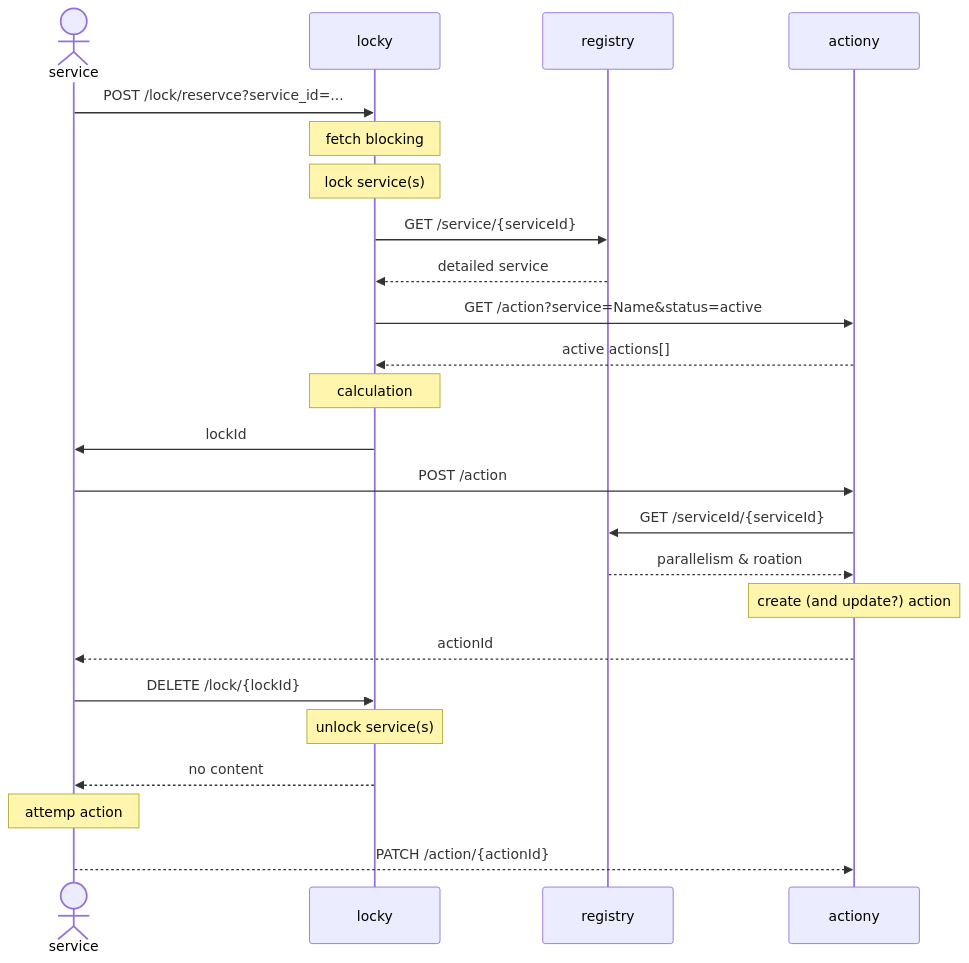
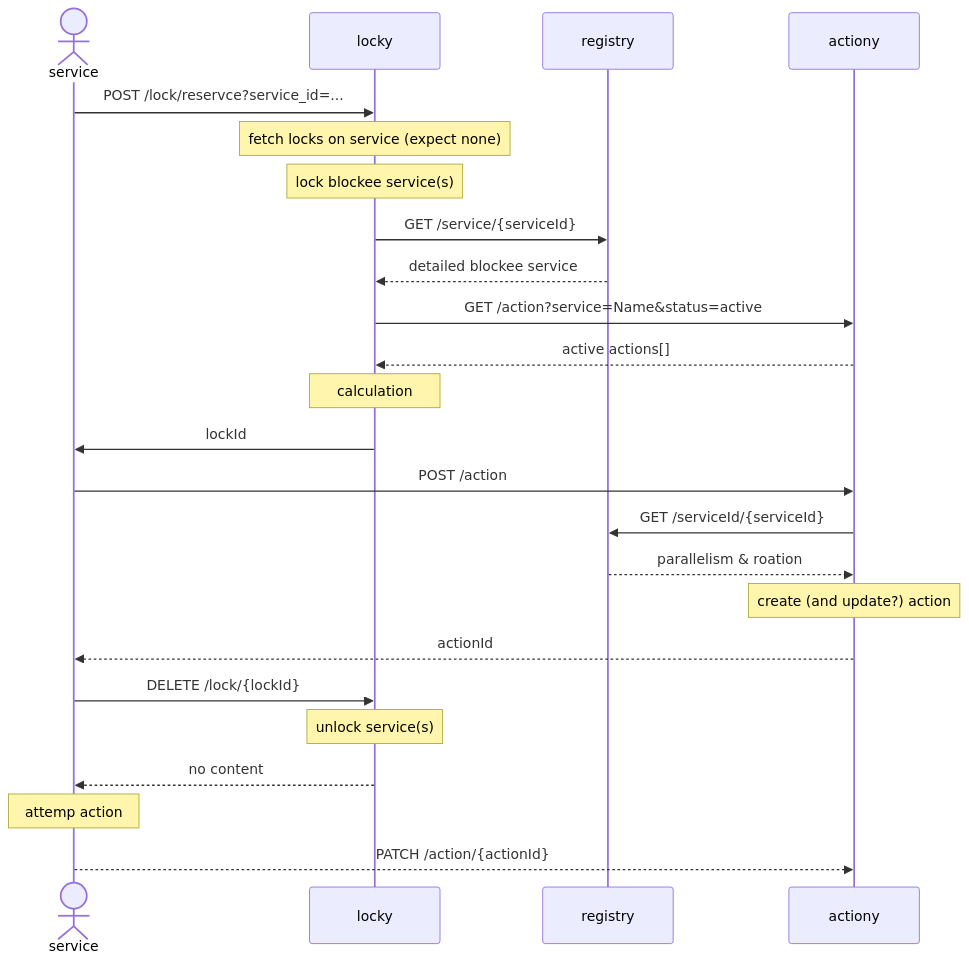
Before and after one commit to MapColonies/arstotzka: the diagram in README.md, drawn with Mermaid. The commit also changed other lines of this file, not shown here.

Commit message:
docs(actiony,locky,registry): readme improved

````diff
--- a/README.md
+++ b/README.md
@@ -36,23 +39,23 @@
 ```mermaid
 sequenceDiagram
     actor service
     service->>locky: POST /lock/reservce?service_id=...
-    Note over locky: fetch blocking
-    Note over locky: lock service(s)
+    Note over locky: fetch locks on service (expect none)
+    Note over locky: lock blockee service(s)
     locky->>registry: GET /service/{serviceId}
-    registry-->>locky: detailed service
+    registry-->>locky: detailed blockee service
     locky->>actiony: GET /action?service=Name&status=active
     actiony-->>locky: active actions[]
     Note over locky: calculation
     locky->>service: lockId
     service->>actiony: POST /action
     actiony->>registry: GET /serviceId/{serviceId}
     registry-->>actiony: parallelism & roation
     Note over actiony: create (and update?) action
     actiony-->>service: actionId
     service->>locky: DELETE /lock/{lockId}
     Note over locky: unlock service(s)
     locky-->>service: no content
     Note over service: attemp action
     service-->>actiony: PATCH /action/{actionId}
 ```
````
